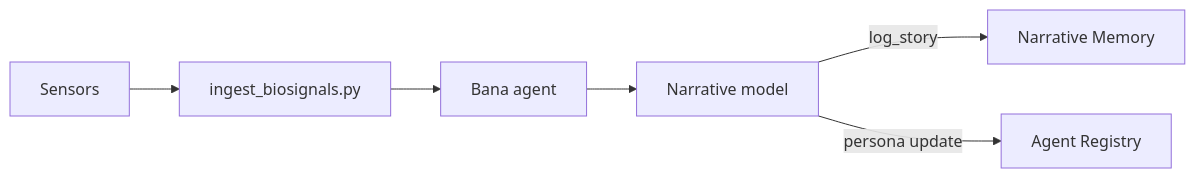
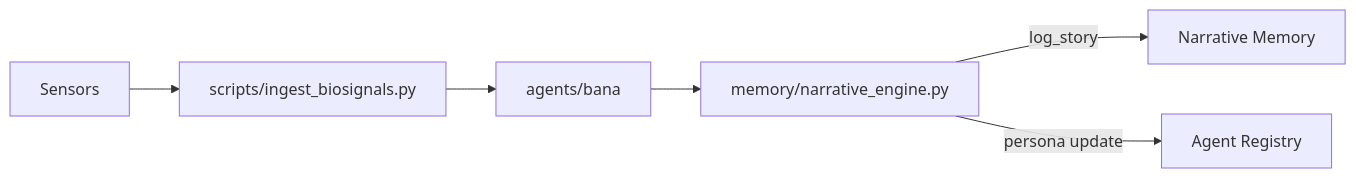
One commit to DINGIRABZU/ABZU changed the diagram in docs/nazarick_narrative_system.md. Above: the diagram before and after it, drawn with Mermaid. The commit also changed other lines of this file and 4 other files, not shown here.

Commit message:
Document Nazarick narrative pipeline and memory hooks

````diff
--- a/docs/nazarick_narrative_system.md
+++ b/docs/nazarick_narrative_system.md
@@ -10,8 +9,8 @@
 ```mermaid
 flowchart LR
-    S[Sensors] --> I[ingest_biosignals.py]
-    I --> B[Bana agent]
-    B --> M[Narrative model]
+    S[Sensors] --> I[scripts/ingest_biosignals.py]
+    I --> B[agents/bana]
+    B --> M[memory/narrative_engine.py]
     M -->|log_story| N[Narrative Memory]
     M -->|persona update| A[Agent Registry]
 ```
````
